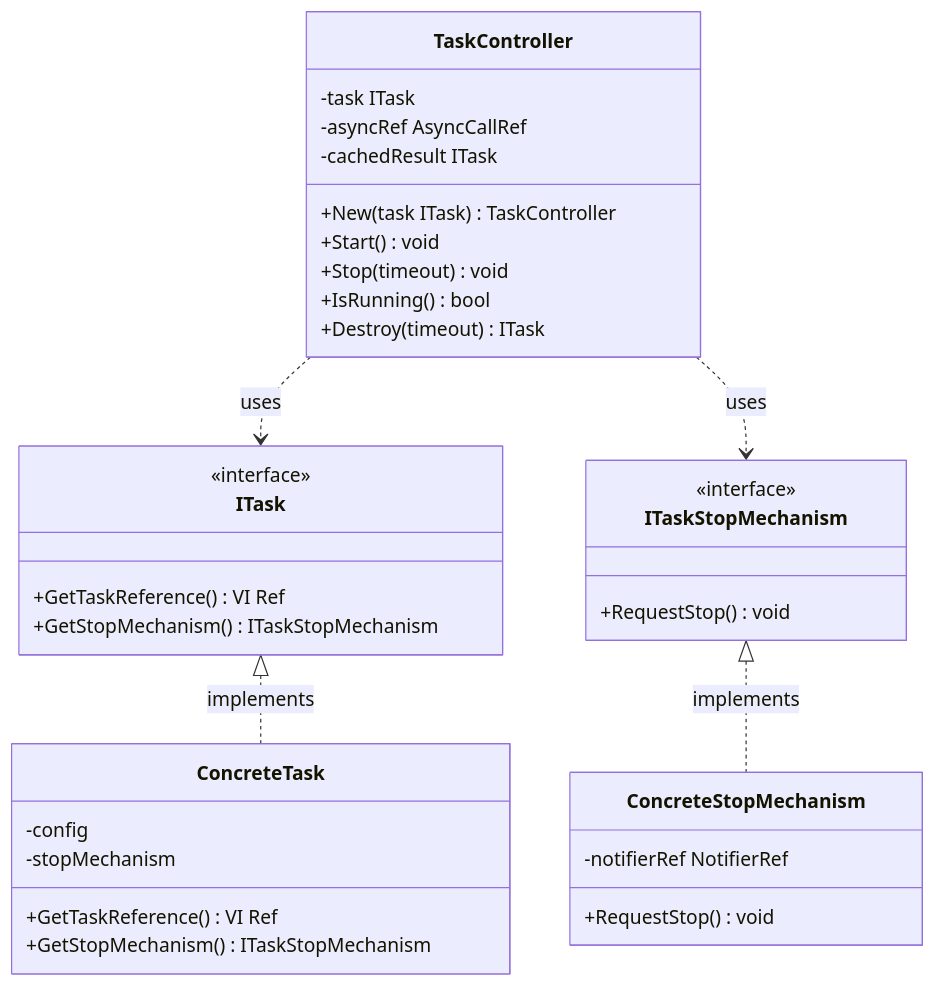
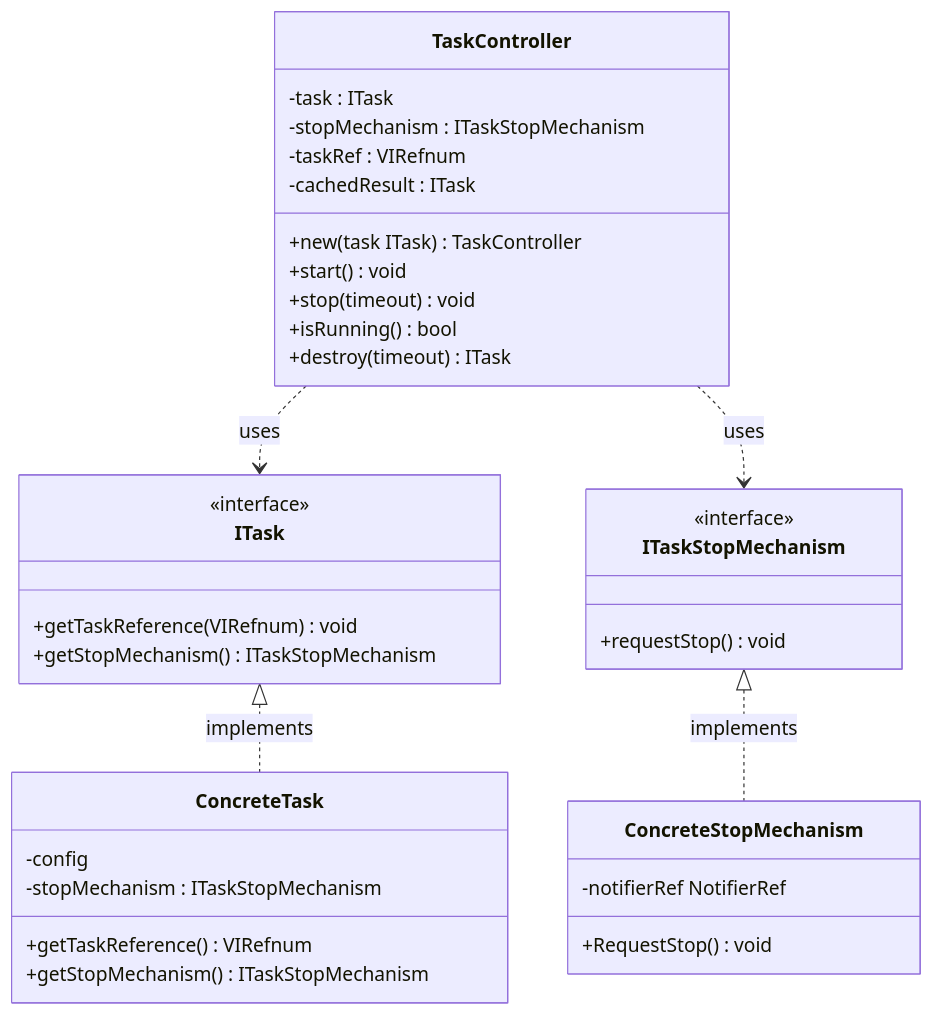
Before and after one commit to andcadev/TLC_Daemon: the diagram in README.md, drawn with Mermaid. The commit also changed other lines of this file, not shown here.

Commit message:
Update uml diagram

````diff
--- a/README.md
+++ b/README.md
@@ -40,41 +40,42 @@
 ```mermaid
 classDiagram
     class ITask {
         <<interface>>
-        +GetTaskReference() VI Ref
-        +GetStopMechanism() ITaskStopMechanism
+        +getTaskReference(VIRefnum) void
+        +getStopMechanism() ITaskStopMechanism
     }
 
     class ITaskStopMechanism {
         <<interface>>
-        +RequestStop() void
+        +requestStop() void
     }
 
     class TaskController {
-        -task ITask
-        -asyncRef AsyncCallRef
-        -cachedResult ITask
-        +New(task ITask) TaskController
-        +Start() void
-        +Stop(timeout) void
-        +IsRunning() bool
-        +Destroy(timeout) ITask
+        -task : ITask
+        -stopMechanism : ITaskStopMechanism
+        -taskRef : VIRefnum
+        -cachedResult : ITask
+        +new(task ITask) TaskController
+        +start() void
+        +stop(timeout) void
+        +isRunning() bool
+        +destroy(timeout) ITask
     }
 
     class ConcreteTask {
         -config
-        -stopMechanism
-        +GetTaskReference() VI Ref
-        +GetStopMechanism() ITaskStopMechanism
+        -stopMechanism : ITaskStopMechanism
+        +getTaskReference() VIRefnum
+        +getStopMechanism() ITaskStopMechanism
     }
 
     class ConcreteStopMechanism {
         -notifierRef NotifierRef
         +RequestStop() void
     }
 
     ITask <|.. ConcreteTask : implements
     ITaskStopMechanism <|.. ConcreteStopMechanism : implements
     TaskController ..> ITask : uses
     TaskController ..> ITaskStopMechanism : uses
 ```
````
